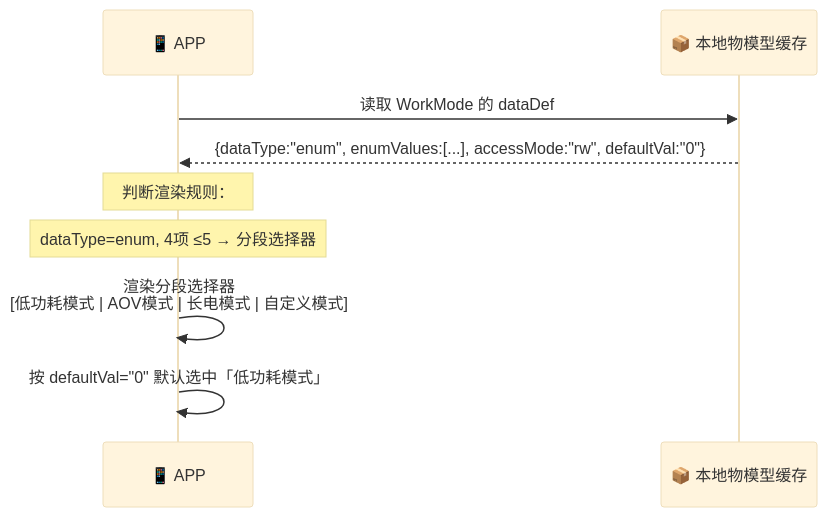
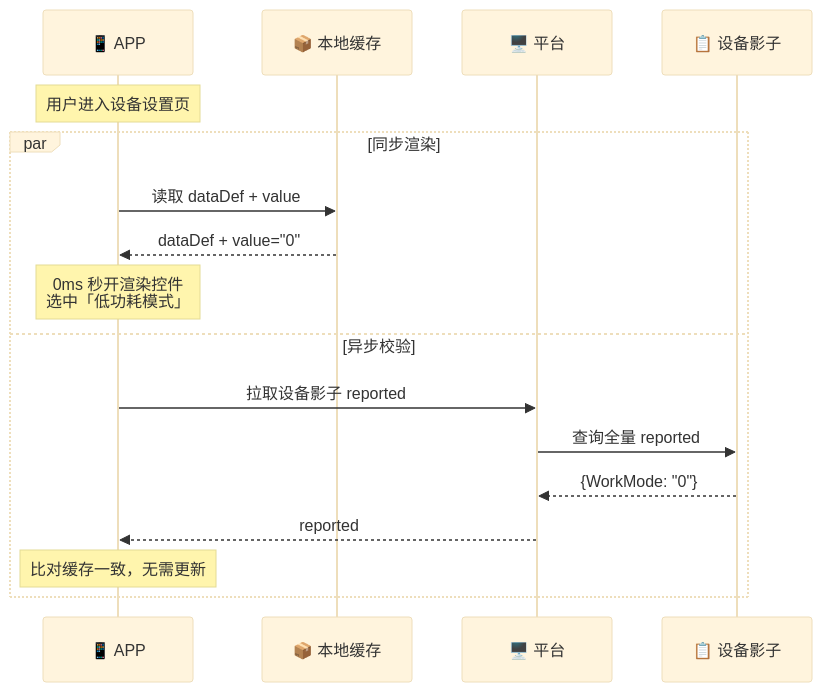
Before and after one commit to hongtao-l/platform: the third of 11 diagrams in docs/draft/物模型管理04全链路流程.md, drawn with Mermaid (base theme). The commit also changed other lines of this file and 5 other files, not shown here.

````diff
--- a/docs/draft/物模型管理04全链路流程.md
+++ b/docs/draft/物模型管理04全链路流程.md
@@ -62,14 +109,21 @@
 ```mermaid
 sequenceDiagram
     participant APP as 📱 APP
-    participant Cache as 📦 本地物模型缓存
+    participant Cache as 📦 本地缓存
+    participant Platform as 🖥️ 平台
+    participant Shadow as 📋 设备影子
 
-    APP->>Cache: 读取 WorkMode 的 dataDef
-    Cache-->>APP: {dataType:"enum", enumValues:[...], accessMode:"rw", defaultVal:"0"}
+    Note over APP: 用户进入设备设置页
 
-    Note over APP: 判断渲染规则：
-    Note over APP: dataType=enum, 4项 ≤5 → 分段选择器
-
-    APP->>APP: 渲染分段选择器<br/>[低功耗模式 | AOV模式 | 长电模式 | 自定义模式]
-    APP->>APP: 按 defaultVal="0" 默认选中「低功耗模式」
+    par 同步渲染
+        APP->>Cache: 读取 dataDef + value
+        Cache-->>APP: dataDef + value="0"
+        Note over APP: 0ms 秒开渲染控件<br/>选中「低功耗模式」
+    and 异步校验
+        APP->>Platform: 拉取设备影子 reported
+        Platform->>Shadow: 查询全量 reported
+        Shadow-->>Platform: {WorkMode: "0"}
+        Platform-->>APP: reported
+        Note over APP: 比对缓存一致，无需更新
+    end
 ```
````
